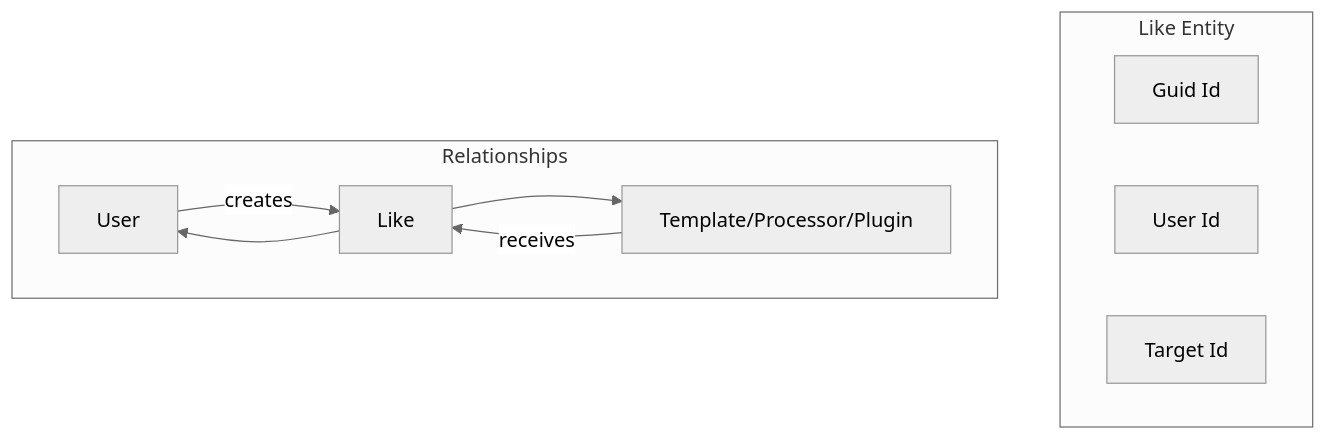
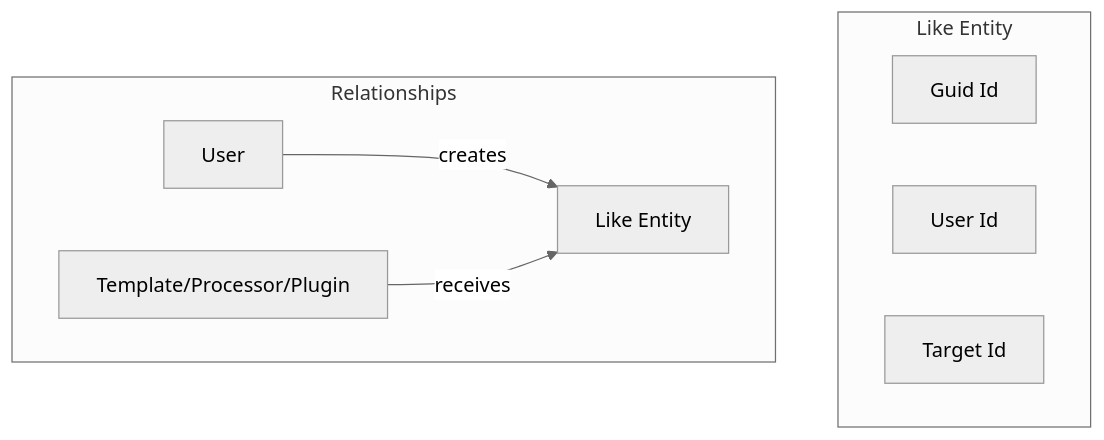
One commit to AtomiCloud/sulfone.zinc changed the first of 5 diagrams in docs/developer/concepts/06-like.md. Above: the diagram before and after it, drawn with Mermaid (neutral theme). The commit also changed other lines of this file and 31 other files, not shown here.

````diff
--- a/docs/developer/concepts/06-like.md
+++ b/docs/developer/concepts/06-like.md
@@ -18,16 +18,15 @@
 ```mermaid
 flowchart TB
+    Like[Like Entity]
+
     subgraph Like Entity
         Id[Guid Id]
         UserId[User Id]
         TargetId[Target Id]
     end
 
     subgraph Relationships
         User[User] -->|creates| Like
         Target[Template/Processor/Plugin] -->|receives| Like
     end
-
-    Like --> User
-    Like --> Target
 ```
````
